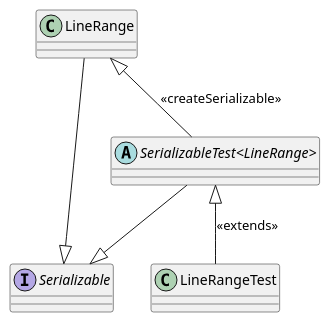
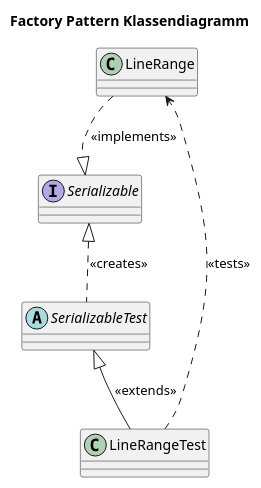
Before and after one commit to jenkinsci/analysis-model: the diagram in doc/factoryPatternClass.puml, drawn with PlantUML. The commit also changed 5 other files, not shown here.

Commit message:
Javadoc hinzugefügt + UML überarbeitet

```diff
--- a/doc/factoryPatternClass.puml
+++ b/doc/factoryPatternClass.puml
@@ -1,13 +1,15 @@
 @startuml
+
+title Factory Pattern Klassendiagramm
 
 class LineRange
 class LineRangeTest
 interface Serializable
-abstract class "SerializableTest<LineRange>"
+abstract class SerializableTest
 
-LineRange --|> Serializable
-LineRange <|-- "SerializableTest<LineRange>" : <<createSerializable>>
-"SerializableTest<LineRange>" <|-- LineRangeTest : <<extends>>
-"SerializableTest<LineRange>" --|> Serializable
+SerializableTest <|-- LineRangeTest : <<extends>>
+LineRange ..|> Serializable : <<implements>>
+LineRangeTest ..> LineRange : <<tests>>
+Serializable <|.. SerializableTest : <<creates>>
 
 @enduml
```
